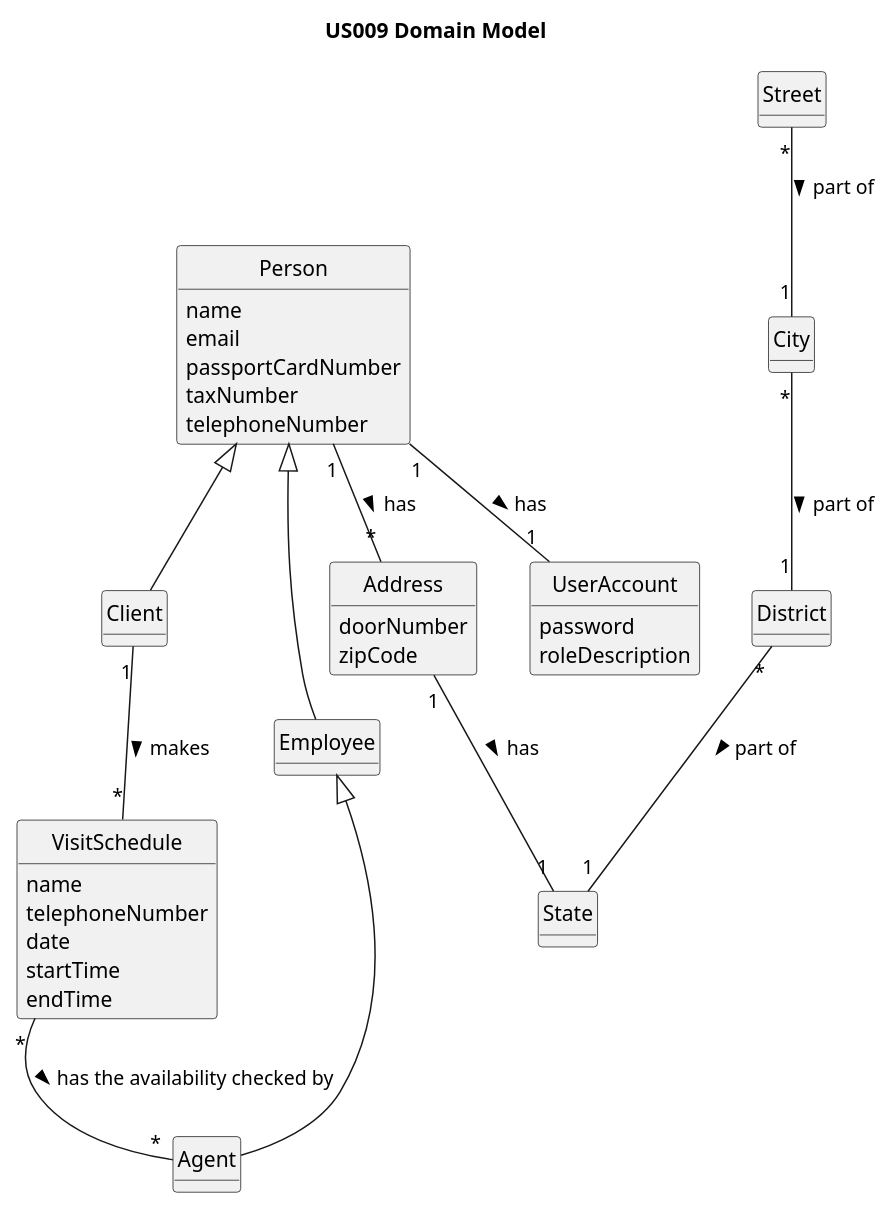
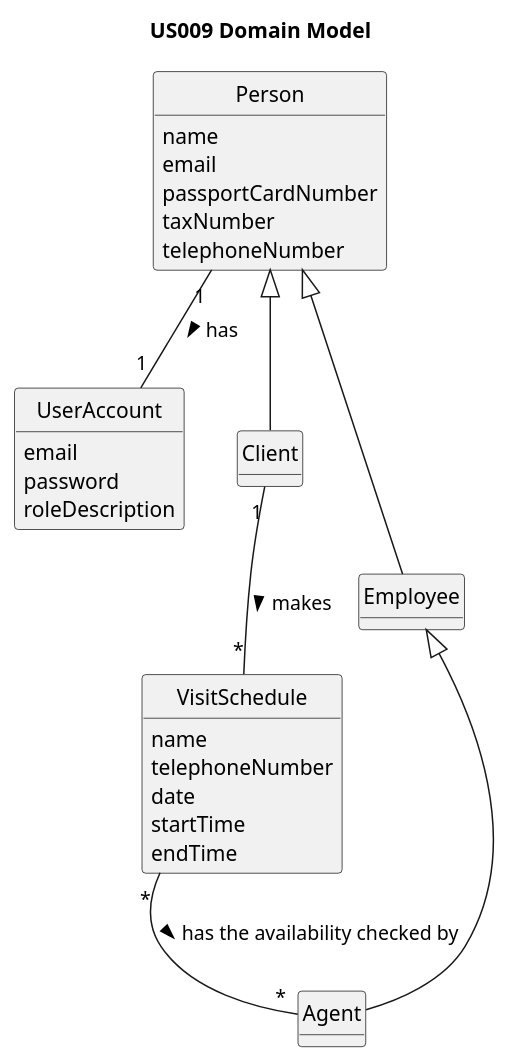
One commit to Goncalves2525/real-estate-management-system changed the diagram in docs/sprintC/us009/02.analysis/puml/us009-domain-model.puml. Above: the diagram before and after it, drawn with PlantUML. The commit also changed 7 other files, not shown here.

```diff
--- a/docs/sprintC/us009/02.analysis/puml/us009-domain-model.puml
+++ b/docs/sprintC/us009/02.analysis/puml/us009-domain-model.puml
@@ -1,73 +1,78 @@
 @startuml
 skinparam monochrome true
 skinparam packageStyle rectangle
 skinparam shadowing false
 skinparam classAttributeIconSize 0
-'skinparam linetype ortho
 hide circle
 hide methods
 
 title US009 Domain Model
 
 class UserAccount {
+    email
     password
     roleDescription
 }
 
 class Person{
     name
     email
     passportCardNumber
     taxNumber
     telephoneNumber
 }
 
 class Client extends Person{
 }
 
-class Address{
+/'class Address{
     doorNumber
     zipCode
 }
 
 class City{
 }
 
 class District{
 }
 
 class State{
 }
 
 class Street{
-}
+}'/
 
 class Employee extends Person{
 }
 
 class Agent extends Employee{
 }
 
 class VisitSchedule{
     name
     telephoneNumber
     date
     startTime
     endTime
 }
 
 Person "1" -- "1" UserAccount: has >
-Person "1" -- "*" Address: has >
-Street "*" -- "1" City : part of >
-District "*" -- "1" State : part of >
-City "*" -- "1" District : part of >
-Address "1" -- "1" State : has >
 Client "1" -- "*" VisitSchedule : makes >
 VisitSchedule "*" -- "*" Agent : has the availability checked by >
 
 
 
 
 
 
+/'Person "1" -- "*" Address: has >
+Street "*" -- "1" City : part of >
+District "*" -- "1" State : part of >
+City "*" -- "1" District : part of >
+Address "1" -- "1" State : has >'/
+
+
+
+
+
 @enduml
```
